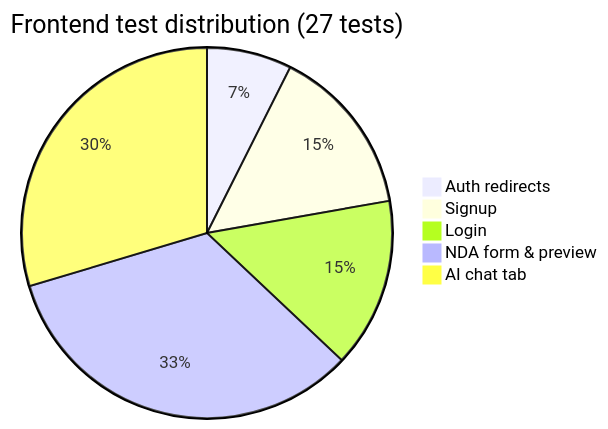
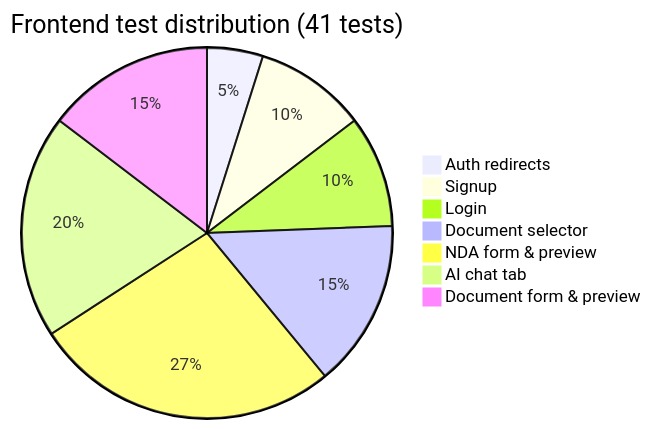
The third of 6 diagrams in docs/test-coverage-report.md (shaynemeyer/prelegal), drawn with Mermaid before and after one commit. The commit also changed other lines of this file and 35 other files, not shown here.

````diff
--- a/docs/test-coverage-report.md
+++ b/docs/test-coverage-report.md
@@ -84,8 +95,10 @@
 ```mermaid
-pie title Frontend test distribution (27 tests)
+pie title Frontend test distribution (41 tests)
     "Auth redirects" : 2
     "Signup" : 4
     "Login" : 4
-    "NDA form & preview" : 9
+    "Document selector" : 6
+    "NDA form & preview" : 11
     "AI chat tab" : 8
+    "Document form & preview" : 6
 ```
````
